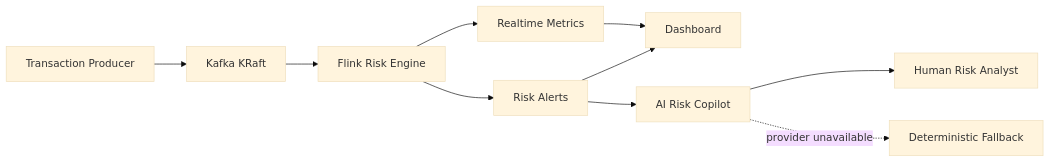
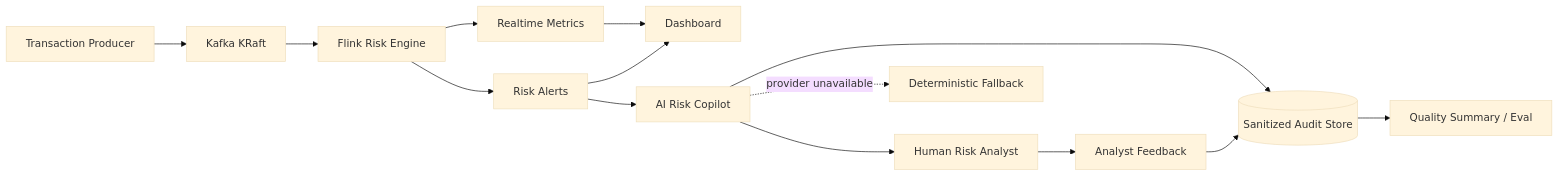
One commit to plutoczm/finguard-realtime-risk-monitor changed the diagram in README.md. Above: the diagram before and after it, drawn with Mermaid (base theme). The commit also changed other lines of this file and 21 other files, not shown here.

Commit message:
feat: add auditable analyst feedback loop and AI reliability controls

````diff
--- a/README.md
+++ b/README.md
@@ -9,12 +9,16 @@
 ```mermaid
 flowchart LR
     P[Transaction Producer] --> K[Kafka KRaft]
     K --> F[Flink Risk Engine]
     F --> M[Realtime Metrics]
     F --> A[Risk Alerts]
     M --> D[Dashboard]
     A --> D
     A --> C[AI Risk Copilot]
     C --> H[Human Risk Analyst]
+    H --> Q[Analyst Feedback]
+    C --> S[(Sanitized Audit Store)]
+    Q --> S
+    S --> E[Quality Summary / Eval]
     C -. provider unavailable .-> G[Deterministic Fallback]
 ```
````
